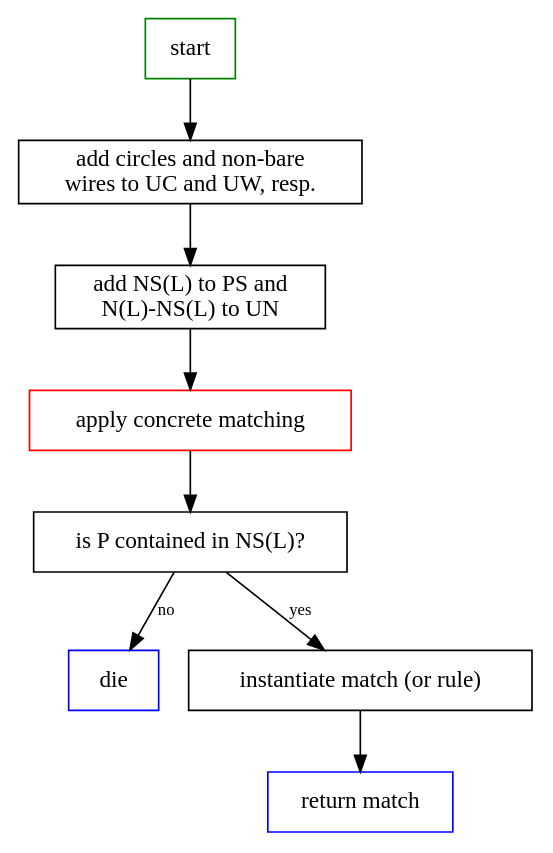
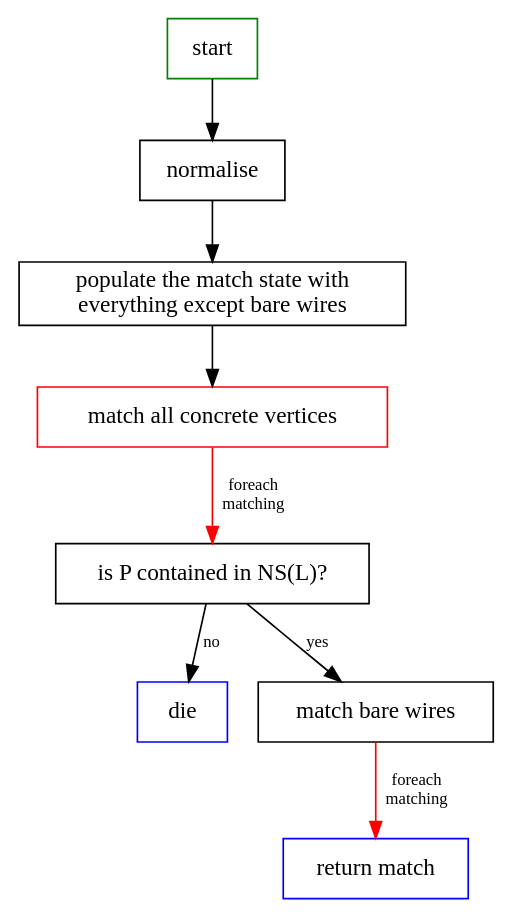
Before and after one commit to zxcalc/quantomatic: the diagram in docs/matching_algo/nonstrict.dot, drawn with Graphviz.

Commit message:
Fix non-strict matching algo wrapper

```diff
--- a/docs/matching_algo/nonstrict.dot
+++ b/docs/matching_algo/nonstrict.dot
@@ -1,17 +1,19 @@
 digraph {
     node [shape=box]
     edge [fontsize=10]
+
     start [color=green]
-    addwires [label="add circles and non-bare\nwires to UC and UW, resp."]
-    addpartial [label="add NS(L) to PS and\nN(L)-NS(L) to UN"]
-    match [label="apply concrete matching",color=red]
-    test [label="is P contained in NS(L)?"]
-    die [color=blue]
-    inst [label="instantiate match (or rule)"]
+    normalise [label="normalise"]
+    addverts [label="populate the match state with\neverything except bare wires"]
+    match [label="match all concrete vertices",color=red]
+    ptest [label="is P contained in NS(L)?"]
+    die [label=die,color=blue]
+    emptywires [label="match bare wires"]
     done [label="return match",color=blue]
     
-    start -> addwires -> addpartial -> match -> test
-    test -> die [label=no]
-    test -> inst [label=yes]
-    inst -> done
+    start -> normalise -> addverts -> match
+    match -> ptest [label="foreach\nmatching",color=red]
+    ptest -> emptywires [label=yes]
+    ptest -> die [label=no]
+    emptywires -> done [label="foreach\nmatching",color=red]
 }
```
